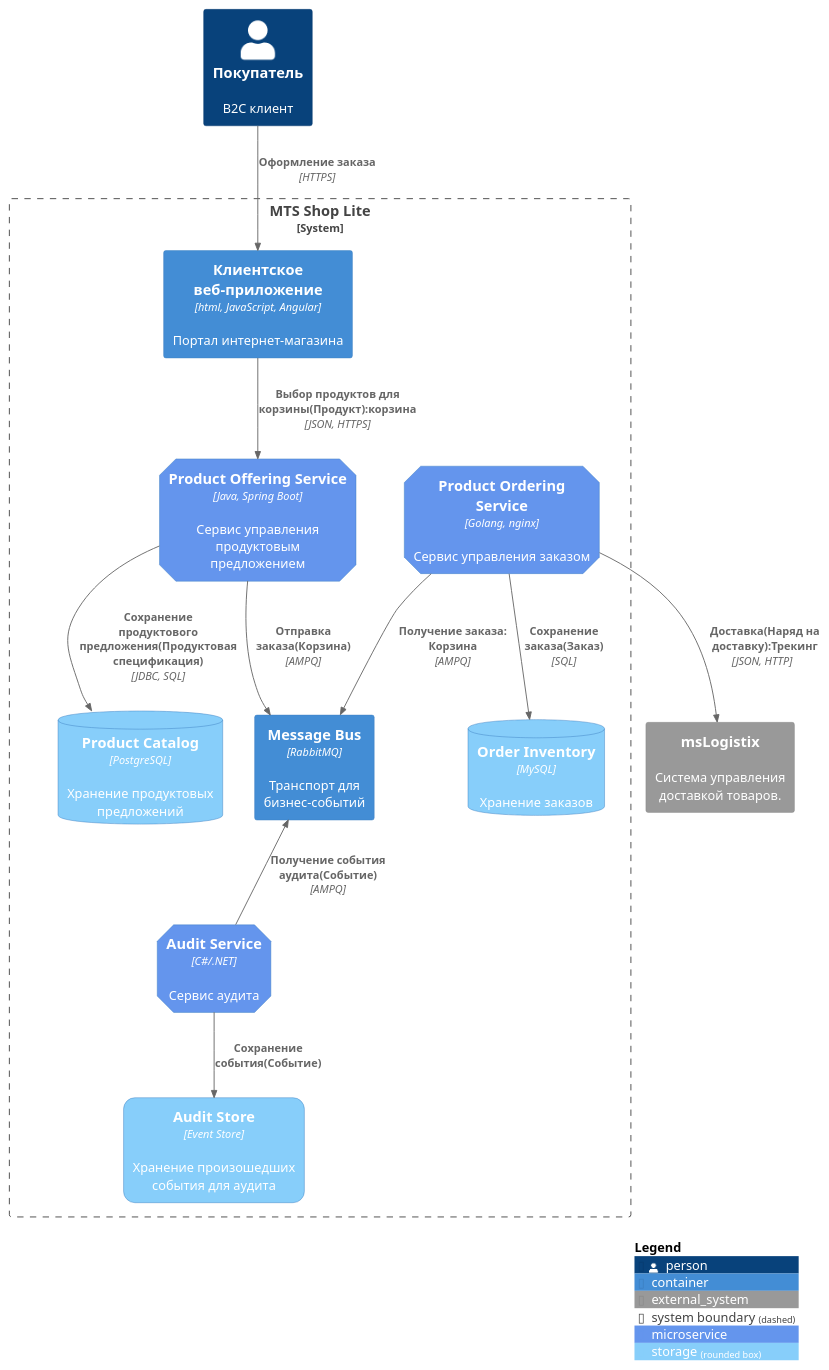
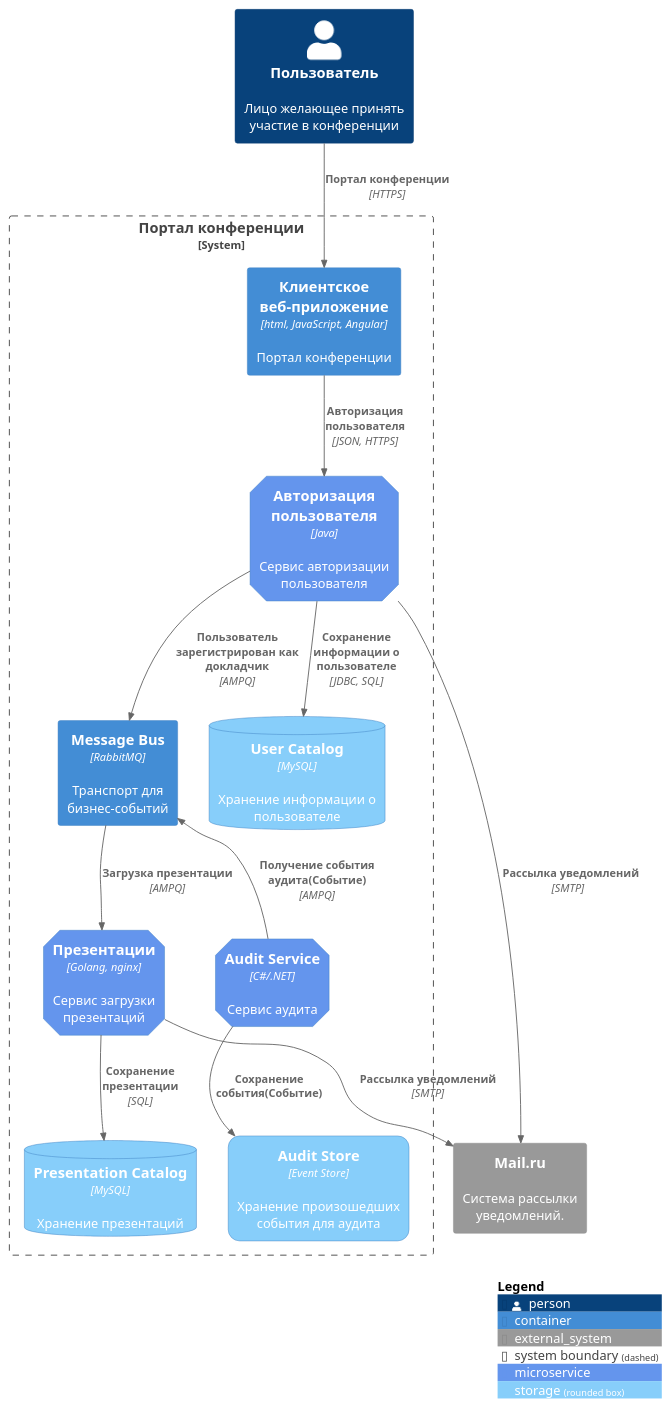
Before and after one commit to LenokGl/school: the diagram in docs/components/components.md, drawn with PlantUML. The commit also changed 3 other files, not shown here.

````diff
--- a/docs/components/components.md
+++ b/docs/components/components.md
@@ -8,44 +8,46 @@
 ```plantuml
 @startuml
 !include https://raw.githubusercontent.com/plantuml-stdlib/C4-PlantUML/master/C4_Container.puml
 
 AddElementTag("microService", $shape=EightSidedShape(), $bgColor="CornflowerBlue", $fontColor="white", $legendText="microservice")
 AddElementTag("storage", $shape=RoundedBoxShape(), $bgColor="lightSkyBlue", $fontColor="white")
 
-Person(customer, "Покупатель", "B2C клиент")
+Person(customer, "Пользователь", "Лицо желающее принять участие в конференции")
 
-System_Boundary(c, "MTS Shop Lite") {
-   Container(app, "Клиентское веб-приложение", "html, JavaScript, Angular", "Портал интернет-магазина")
-   Container(offering_service, "Product Offering Service", "Java, Spring Boot", "Сервис управления продуктовым предложением", $tags = "microService")      
-   ContainerDb(offering_db, "Product Catalog", "PostgreSQL", "Хранение продуктовых предложений", $tags = "storage")
+System_Boundary(c, "Портал конференции") {
+   Container(app, "Клиентское веб-приложение", "html, JavaScript, Angular", "Портал конференции")
+   Container(autorization_service, "Авторизация пользователя", "Java", "Сервис авторизации пользователя", $tags = "microService")      
+   ContainerDb(user_db, "User Catalog", "MySQL", "Хранение информации о пользователе", $tags = "storage")
    
-   Container(ordering_service, "Product Ordering Service", "Golang, nginx", "Сервис управления заказом", $tags = "microService")      
-   ContainerDb(ordering_db, "Order Inventory", "MySQL", "Хранение заказов", $tags = "storage")
+   Container(presentation_service, "Презентации", "Golang, nginx", "Сервис загрузки презентаций", $tags = "microService")      
+   ContainerDb(presentation_db, "Presentation Catalog", "MySQL", "Хранение презентаций", $tags = "storage")
     
    Container(message_bus, "Message Bus", "RabbitMQ", "Транспорт для бизнес-событий")
    Container(audit_service, "Audit Service", "C#/.NET", "Сервис аудита", $tags = "microService")      
    Container(audit_store, "Audit Store", "Event Store", "Хранение произошедших события для аудита", $tags = "storage")
 }
 
-System_Ext(logistics_system, "msLogistix", "Система управления доставкой товаров.")  
+System_Ext(e_mail_system, "Mail.ru", "Система рассылки уведомлений.")  
 
-Lay_R(offering_service, ordering_service)
-Lay_R(offering_service, logistics_system)
-Lay_D(offering_service, audit_service)
+Lay_R(autorization_service, presentation_service)
+Lay_R(autorization_service, e_mail_system)
+Lay_D(autorization_service, audit_service)
 
-Rel(customer, app, "Оформление заказа", "HTTPS")
-Rel(app, offering_service, "Выбор продуктов для корзины(Продукт):корзина", "JSON, HTTPS")
+Rel(customer, app, "Портал конференции", "HTTPS")
+Rel(app, autorization_service, "Авторизация пользователя", "JSON, HTTPS")
 
-Rel(offering_service, message_bus, "Отправка заказа(Корзина)", "AMPQ")
-Rel(offering_service, offering_db, "Сохранение продуктового предложения(Продуктовая спецификация)", "JDBC, SQL")
+Rel(message_bus, presentation_service, "Загрузка презентации", "AMPQ")
+Rel(autorization_service, user_db, "Сохранение информации о пользователе", "JDBC, SQL")
 
-Rel(ordering_service, message_bus, "Получение заказа: Корзина", "AMPQ")
+Rel(autorization_service, message_bus, "Пользователь зарегистрирован как докладчик", "AMPQ")
 Rel_U(audit_service, message_bus, "Получение события аудита(Событие)", "AMPQ")
 
-Rel(ordering_service, ordering_db, "Сохранение заказа(Заказ)", "SQL")
+Rel(presentation_service, presentation_db, "Сохранение презентации", "SQL")
 Rel(audit_service, audit_store, "Сохранение события(Событие)")
-Rel(ordering_service, logistics_system, "Доставка(Наряд на доставку):Трекинг", "JSON, HTTP")  
+
+Rel(presentation_service, e_mail_system, "Рассылка уведомлений", "SMTP")
+Rel(autorization_service, e_mail_system, "Рассылка уведомлений", "SMTP")  
 
 SHOW_LEGEND()
 @enduml
 ```
````
